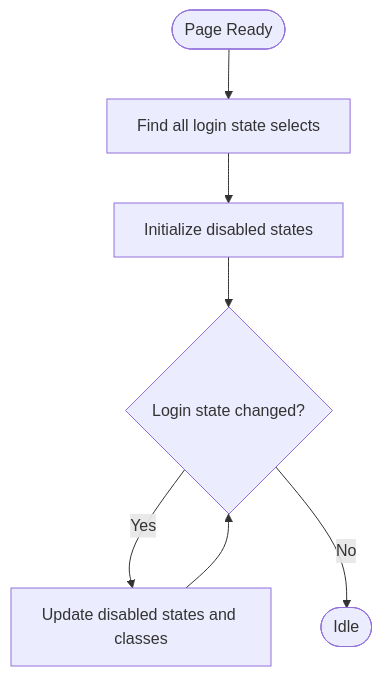
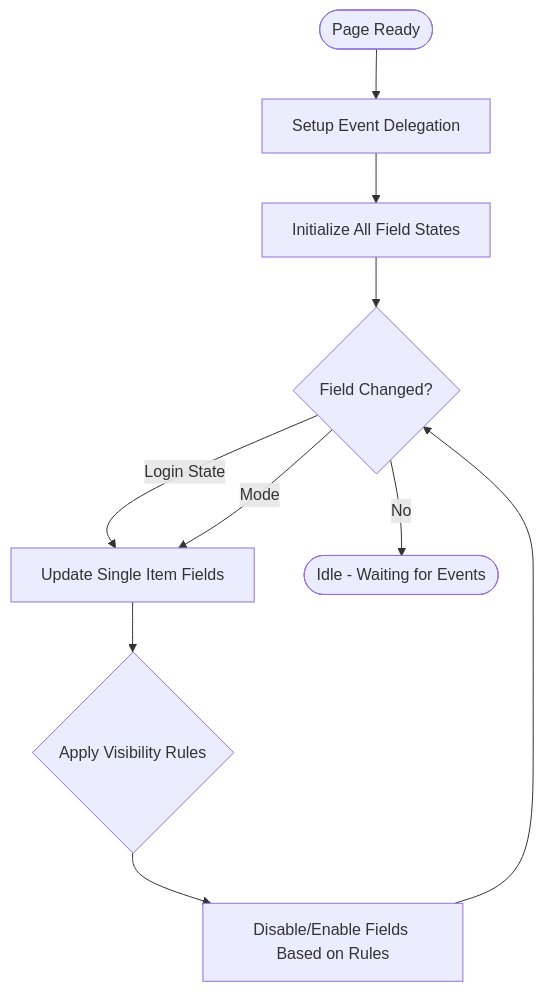
One commit to mahfuzurwp/hide-menu-items-by-role changed the third of 6 diagrams in .qoder/repowiki/en/content/Customization Guide/JavaScript Enhancement.md. Above: the diagram before and after it, drawn with Mermaid. The commit also changed other lines of this file and 20 other files, not shown here.

First line of the commit message:
feat(admin): improve menu item visibility UI and enhance caching

````diff
--- a/.qoder/repowiki/en/content/Customization Guide/JavaScript Enhancement.md
+++ b/.qoder/repowiki/en/content/Customization Guide/JavaScript Enhancement.md
@@ -138,9 +159,12 @@
 ```mermaid
 flowchart TD
-Start(["Page Ready"]) --> FindSelects["Find all login state selects"]
-FindSelects --> InitStates["Initialize disabled states"]
-InitStates --> ChangeHandler{"Login state changed?"}
-ChangeHandler --> |Yes| UpdateStates["Update disabled states and classes"]
-ChangeHandler --> |No| End(["Idle"])
-UpdateStates --> ChangeHandler
+Start(["Page Ready"]) --> SetupEvents["Setup Event Delegation"]
+SetupEvents --> InitAll["Initialize All Field States"]
+InitAll --> ChangeHandler{"Field Changed?"}
+ChangeHandler --> |Login State| UpdateItem["Update Single Item Fields"]
+ChangeHandler --> |Mode| UpdateItem
+UpdateItem --> CheckRules{"Apply Visibility Rules"}
+CheckRules --> DisableLogic["Disable/Enable Fields Based on Rules"]
+DisableLogic --> ChangeHandler
+ChangeHandler --> |No| Idle(["Idle - Waiting for Events"])
 ```
````
